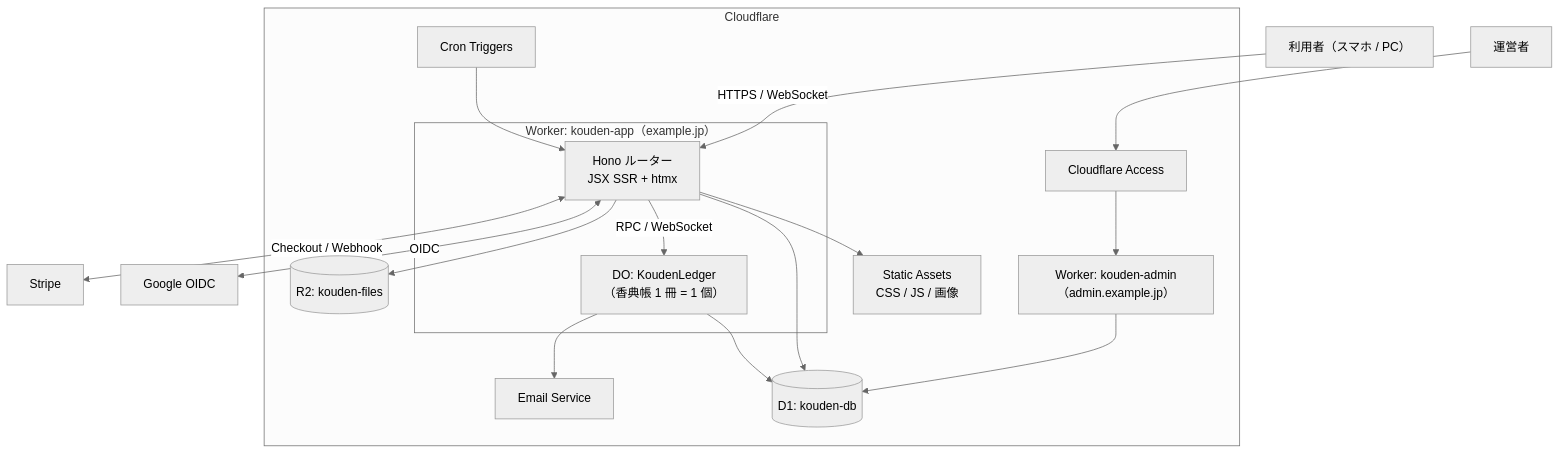
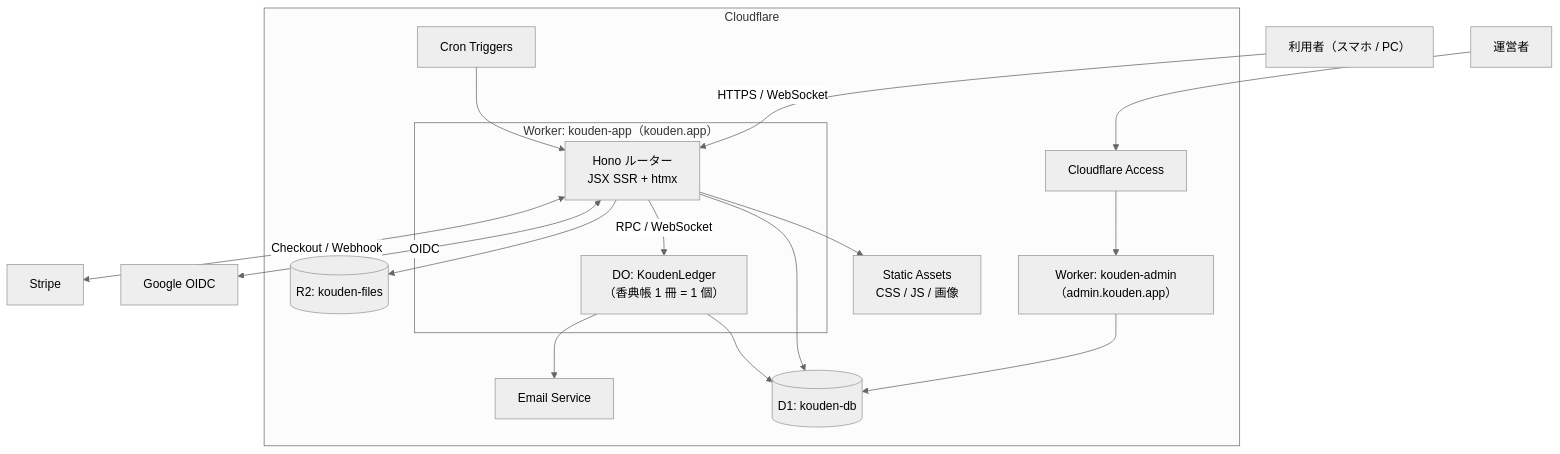
The diagram in docs/rebuild/04-architecture.md (otomatty/kouden), drawn with Mermaid (neutral theme) before and after one commit. The commit also changed other lines of this file and 3 other files, not shown here.

First line of the commit message:
feat(v2): 本番ドメインを kouden.app にする

````diff
--- a/docs/rebuild/04-architecture.md
+++ b/docs/rebuild/04-architecture.md
@@ -5,34 +5,34 @@
 ```mermaid
 flowchart TB
   user["利用者（スマホ / PC）"]
   admin["運営者"]
   google["Google OIDC"]
   stripe["Stripe"]
 
   subgraph CF["Cloudflare"]
     access["Cloudflare Access"]
-    subgraph app["Worker: kouden-app（example.jp）"]
+    subgraph app["Worker: kouden-app（kouden.app）"]
       hono["Hono ルーター<br/>JSX SSR + htmx"]
       ledger["DO: KoudenLedger<br/>（香典帳 1 冊 = 1 個）"]
     end
-    adminw["Worker: kouden-admin（admin.example.jp）"]
+    adminw["Worker: kouden-admin（admin.kouden.app）"]
     d1[("D1: kouden-db")]
     r2[("R2: kouden-files")]
     assets["Static Assets<br/>CSS / JS / 画像"]
     email["Email Service"]
     cron["Cron Triggers"]
   end
 
   user -->|HTTPS / WebSocket| hono
   hono --> assets
   hono --> d1
   hono -->|RPC / WebSocket| ledger
   hono --> r2
   ledger --> d1
   ledger --> email
   hono <-->|OIDC| google
   hono <-->|Checkout / Webhook| stripe
   admin --> access --> adminw
   adminw --> d1
   cron --> hono
 ```
````
